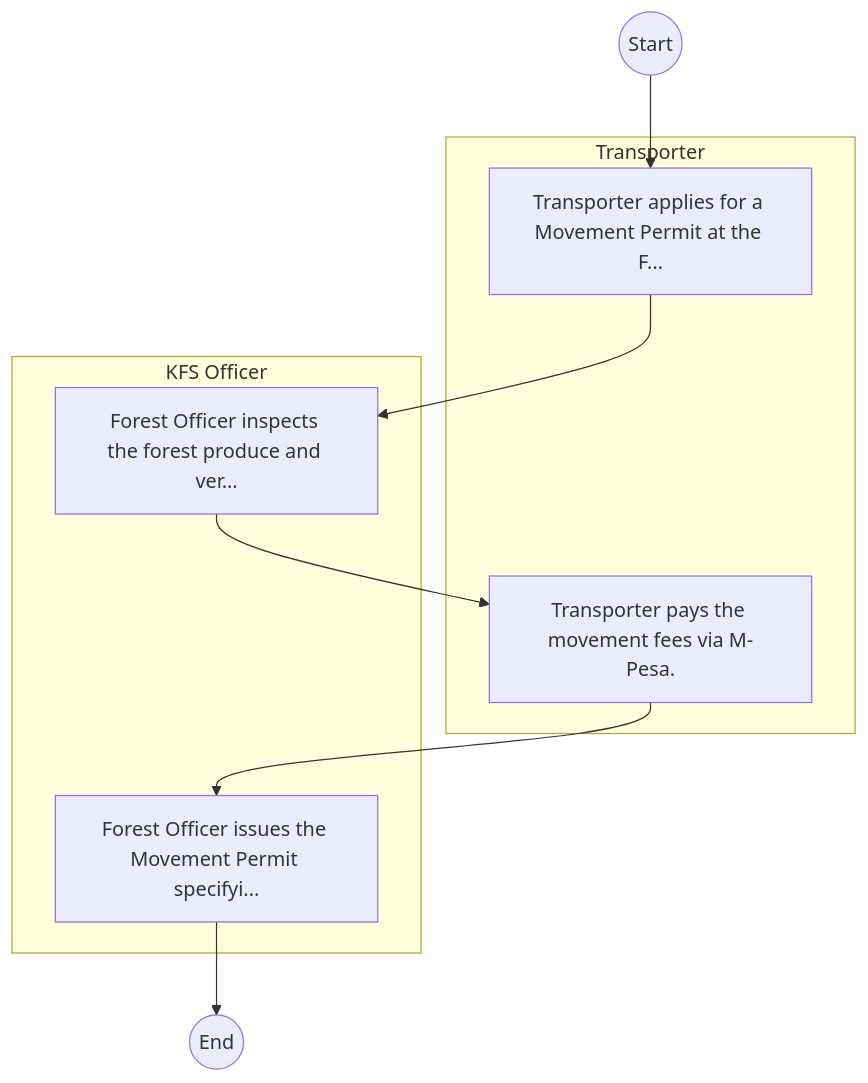
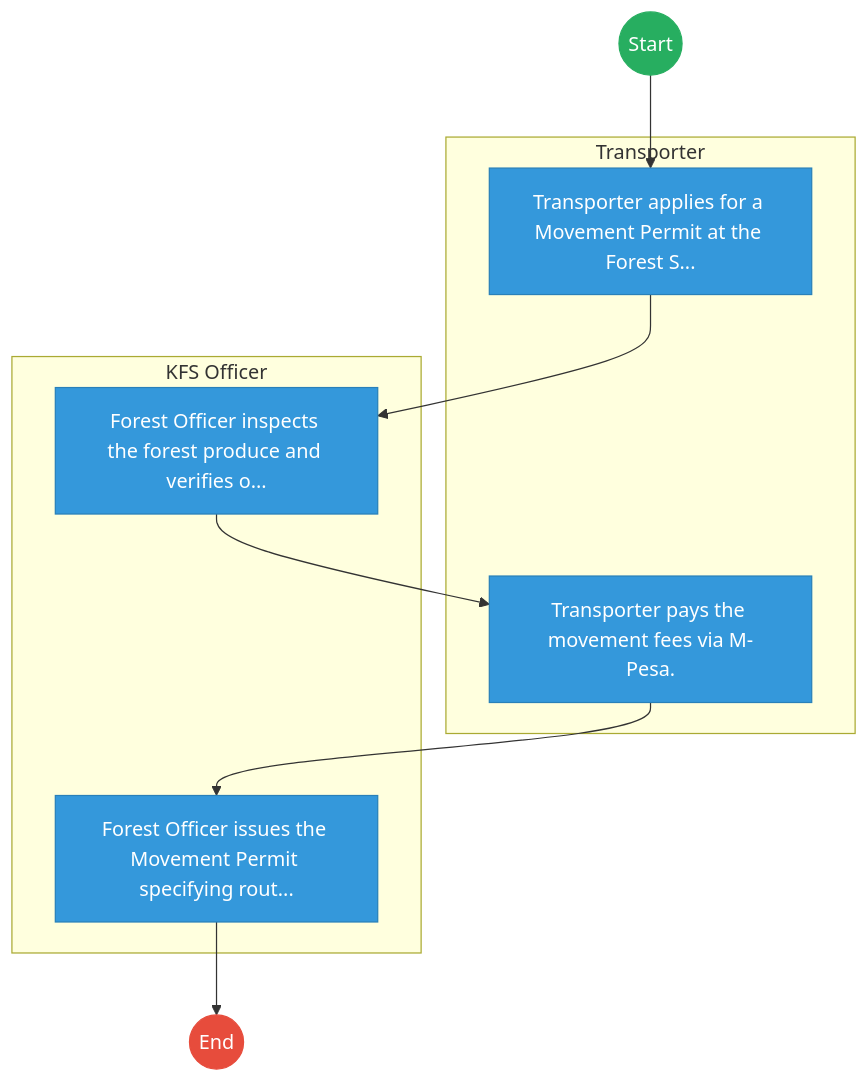
One commit to BITZ-IT-Consulting-LTD/ictapoc changed the first of 2 diagrams in mdas/docs_final/Kenya_Forest_Service___Licensing_and_Permitting.md. Above: the diagram before and after it, drawn with Mermaid. The commit also changed other lines of this file and 461 other files, not shown here.

````diff
--- a/mdas/docs_final/Kenya_Forest_Service___Licensing_and_Permitting.md
+++ b/mdas/docs_final/Kenya_Forest_Service___Licensing_and_Permitting.md
@@ -20,16 +20,27 @@
 ```mermaid
 graph TD
     Start((Start)) --> S1
+
     subgraph Transporter [Transporter]
-        S1["Transporter applies for a Movement Permit at the F..."]
+        S1["Transporter applies for a Movement Permit at the Forest S..."]
         S3["Transporter pays the movement fees via M-Pesa."]
     end
-    subgraph KFSOfficer [KFS Officer]
-        S2["Forest Officer inspects the forest produce and ver..."]
-        S4["Forest Officer issues the Movement Permit specifyi..."]
+
+    subgraph KFS_Officer [KFS Officer]
+        S2["Forest Officer inspects the forest produce and verifies o..."]
+        S4["Forest Officer issues the Movement Permit specifying rout..."]
     end
     S1 --> S2
     S2 --> S3
     S3 --> S4
     S4 --> End((End))
+
+    classDef start fill:#27ae60,stroke:#27ae60,color:#fff;
+    classDef endNode fill:#e74c3c,stroke:#e74c3c,color:#fff;
+    classDef userTask fill:#3498db,stroke:#2980b9,color:#fff;
+    classDef serviceTask fill:#9b59b6,stroke:#8e44ad,color:#fff;
+
+    class Start start;
+    class End endNode;
+    class S1,S2,S3,S4 userTask;
 ```
````
